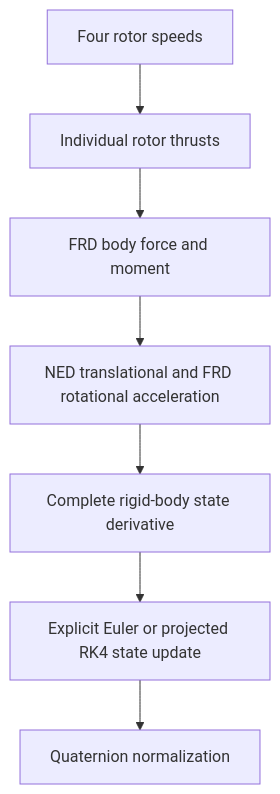
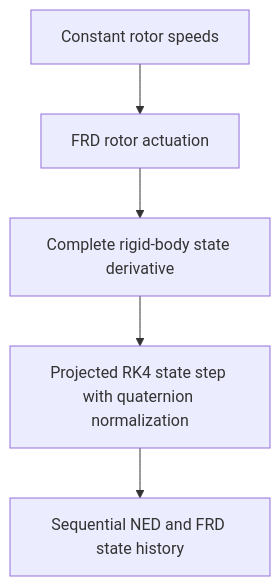
The diagram in README.md (Gayles9/robust-quadrotor), drawn with Mermaid before and after one commit. The commit also changed other lines of this file and 1 other file, not shown here.

````diff
--- a/README.md
+++ b/README.md
@@ -26,9 +26,7 @@
 ```mermaid
 flowchart TD
-    A[Four rotor speeds] --> B[Individual rotor thrusts]
-    B --> C[FRD body force and moment]
-    C --> D[NED translational and FRD rotational acceleration]
-    D --> E[Complete rigid-body state derivative]
-    E --> F[Explicit Euler or projected RK4 state update]
-    F --> G[Quaternion normalization]
+    A[Constant rotor speeds] --> B[FRD rotor actuation]
+    B --> C[Complete rigid-body state derivative]
+    C --> D[Projected RK4 state step with quaternion normalization]
+    D --> E[Sequential NED and FRD state history]
 ```
````
